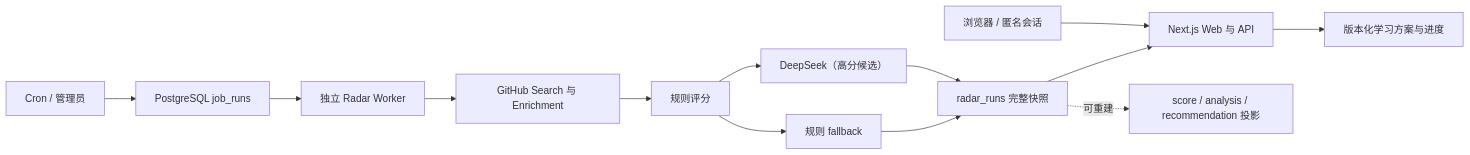
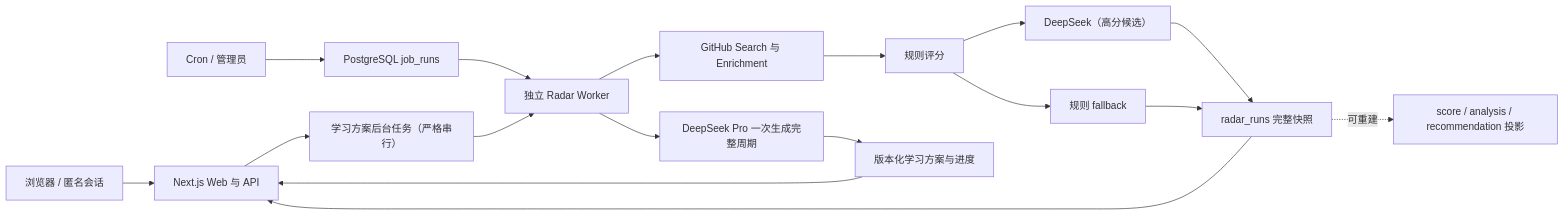
Before and after one commit to lxy968/github-learning-radar: the diagram in README.md, drawn with Mermaid. The commit also changed other lines of this file and 38 other files, not shown here.

````diff
--- a/README.md
+++ b/README.md
@@ -11,15 +11,19 @@
 ```mermaid
 flowchart LR
   browser["浏览器 / 匿名会话"] --> web["Next.js Web 与 API"]
   cron["Cron / 管理员"] --> queue["PostgreSQL job_runs"]
   queue --> worker["独立 Radar Worker"]
   worker --> github["GitHub Search 与 Enrichment"]
   github --> scoring["规则评分"]
   scoring --> deepseek["DeepSeek（高分候选）"]
   scoring --> fallback["规则 fallback"]
   deepseek --> snapshot["radar_runs 完整快照"]
   fallback --> snapshot
   snapshot --> web
   snapshot -.->|可重建| projections["score / analysis / recommendation 投影"]
-  web --> plans["版本化学习方案与进度"]
+  web --> planqueue["学习方案后台任务（严格串行）"]
+  planqueue --> worker
+  worker --> pro["DeepSeek Pro 一次生成完整周期"]
+  pro --> plans["版本化学习方案与进度"]
+  plans --> web
 ```
````
